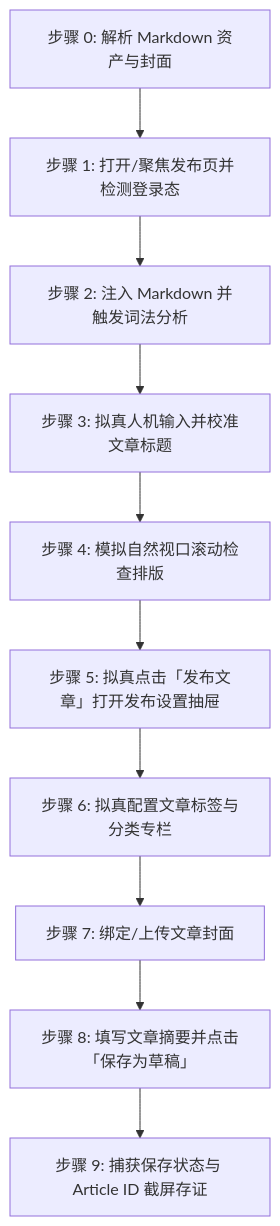
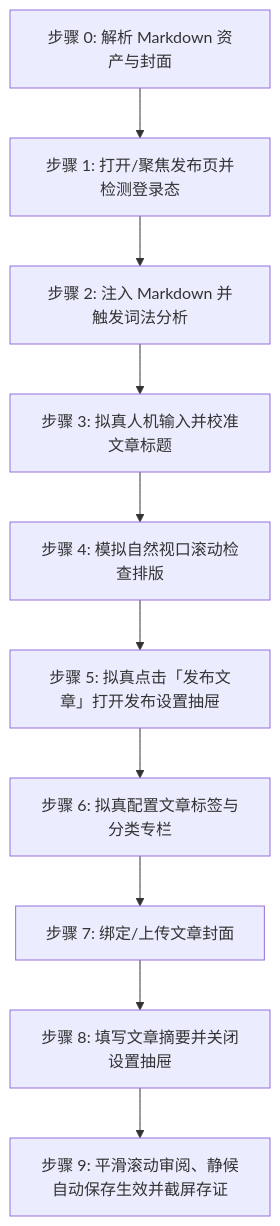
One commit to undsky/doudou-publish-skills changed the diagram in skills/doudou-csdn/SKILL.md. Above: the diagram before and after it, drawn with Mermaid. The commit also changed other lines of this file and 24 other files, not shown here.

````diff
--- a/skills/doudou-csdn/SKILL.md
+++ b/skills/doudou-csdn/SKILL.md
@@ -42,12 +43,12 @@
 ```mermaid
 flowchart TD
     S0[步骤 0: 解析 Markdown 资产与封面] --> S1[步骤 1: 打开/聚焦发布页并检测登录态]
     S1 --> S2[步骤 2: 注入 Markdown 并触发词法分析]
     S2 --> S3[步骤 3: 拟真人机输入并校准文章标题]
     S3 --> S4[步骤 4: 模拟自然视口滚动检查排版]
     S4 --> S5[步骤 5: 拟真点击「发布文章」打开发布设置抽屉]
     S5 --> S6[步骤 6: 拟真配置文章标签与分类专栏]
     S6 --> S7[步骤 7: 绑定/上传文章封面]
-    S7 --> S8[步骤 8: 填写文章摘要并点击「保存为草稿」]
-    S8 --> S9[步骤 9: 捕获保存状态与 Article ID 截屏存证]
+    S7 --> S8[步骤 8: 填写文章摘要并关闭设置抽屉]
+    S8 --> S9[步骤 9: 平滑滚动审阅、静候自动保存生效并截屏存证]
 ```
````
